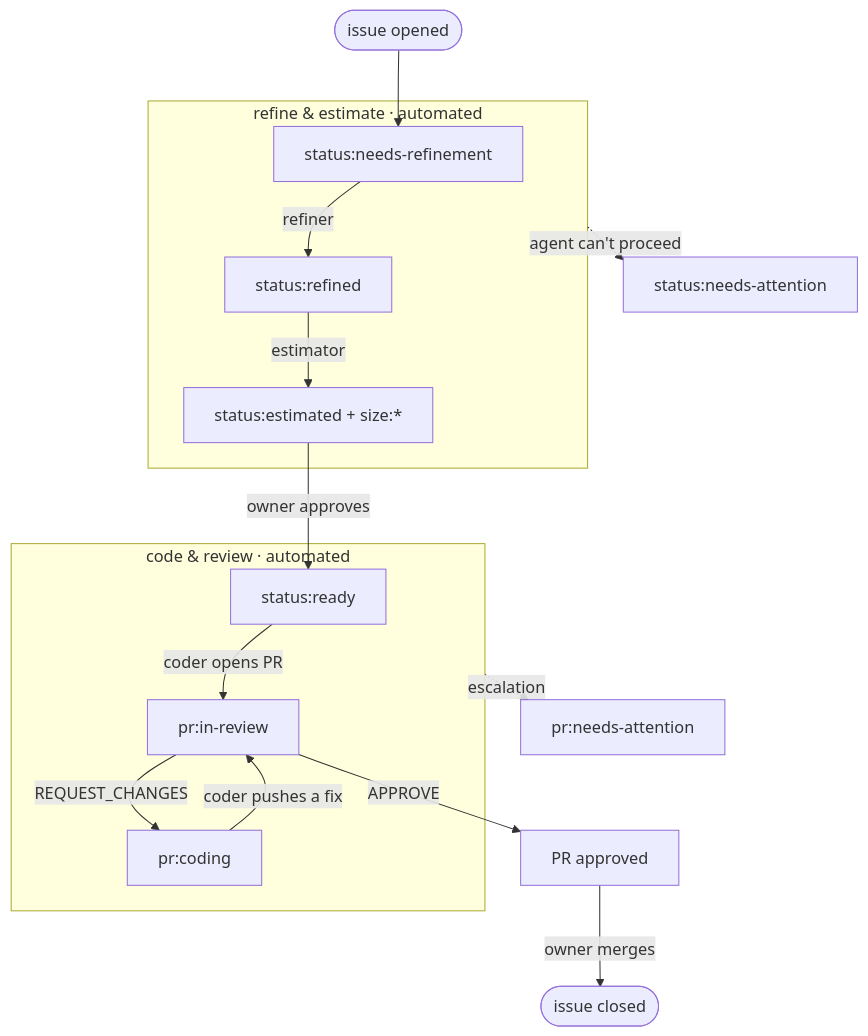
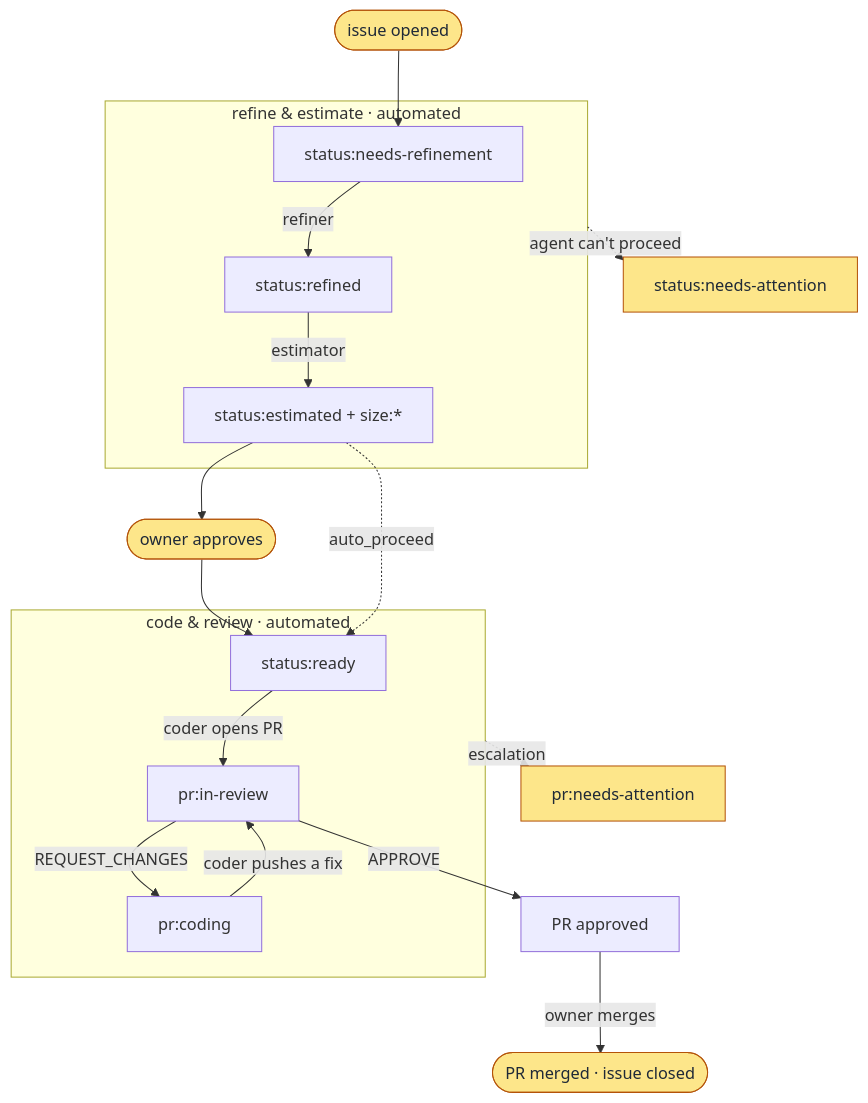
Before and after one commit to abi83/interns: the diagram in README.md, drawn with Mermaid. The commit also changed other lines of this file, not shown here.

Commit message:
readme flowchart

````diff
--- a/README.md
+++ b/README.md
@@ -38,23 +38,27 @@
 ```mermaid
 flowchart TD
     A([issue opened]) --> B
 
     subgraph P1 ["refine &amp; estimate · automated"]
         B["status:needs-refinement"] -->|refiner| C["status:refined"]
         C -->|estimator| D["status:estimated + size:*"]
     end
 
-    D -->|owner approves| E
+    D --> M(["owner approves"]) --> E
 
     subgraph P2 ["code &amp; review · automated"]
         E["status:ready"] -->|coder opens PR| F["pr:in-review"]
         F -->|REQUEST_CHANGES| G["pr:coding"]
         G -->|coder pushes a fix| F
     end
 
     F -->|APPROVE| H["PR approved"]
-    H -->|owner merges| I([issue closed])
+    H -->|owner merges| I([PR merged · issue closed])
 
     P1 -.->|agent can't proceed| J["status:needs-attention"]
     P2 -.->|escalation| K["pr:needs-attention"]
+    D -.->|auto_proceed| E
+
+    classDef human fill:#fde68a,stroke:#b45309,color:#1f2937
+    class A,M,I,J,K human
 ```
````
